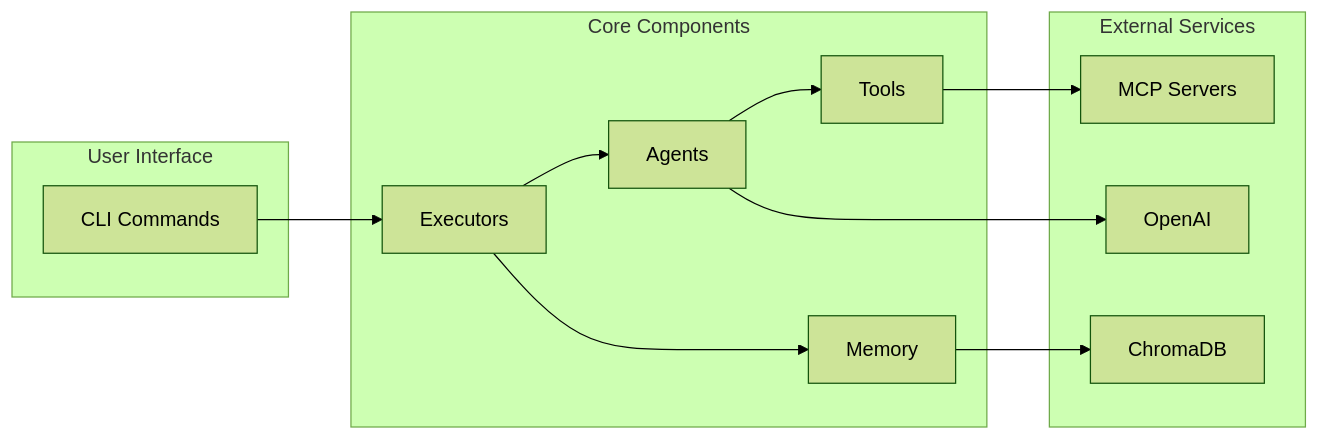
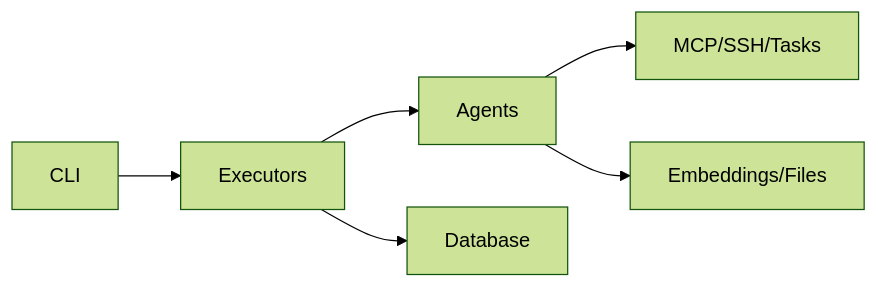
One commit to Bioto/tron-ai changed the diagram in docs/index.md. Above: the diagram before and after it, drawn with Mermaid (forest theme). The commit also changed other lines of this file and 6 other files, not shown here.

````diff
--- a/docs/index.md
+++ b/docs/index.md
@@ -28,28 +19,8 @@
 ```mermaid
 graph LR
-    subgraph "User Interface"
-        CLI[CLI Commands]
-    end
-    
-    subgraph "Core Components"
-        EX[Executors]
-        AG[Agents]
-        TL[Tools]
-        MM[Memory]
-    end
-    
-    subgraph "External Services"
-        AI[OpenAI]
-        DB[ChromaDB]
-        MCP[MCP Servers]
-    end
-    
-    CLI --> EX
-    EX --> AG
-    AG --> TL
-    EX --> MM
-    
-    AG --> AI
-    MM --> DB
-    TL --> MCP
+    CLI[CLI] --> Executors
+    Executors --> Agents
+    Agents --> Modules[MCP/SSH/Tasks]
+    Executors --> DB[Database]
+    Agents --> Processors[Embeddings/Files]
 ```
````
